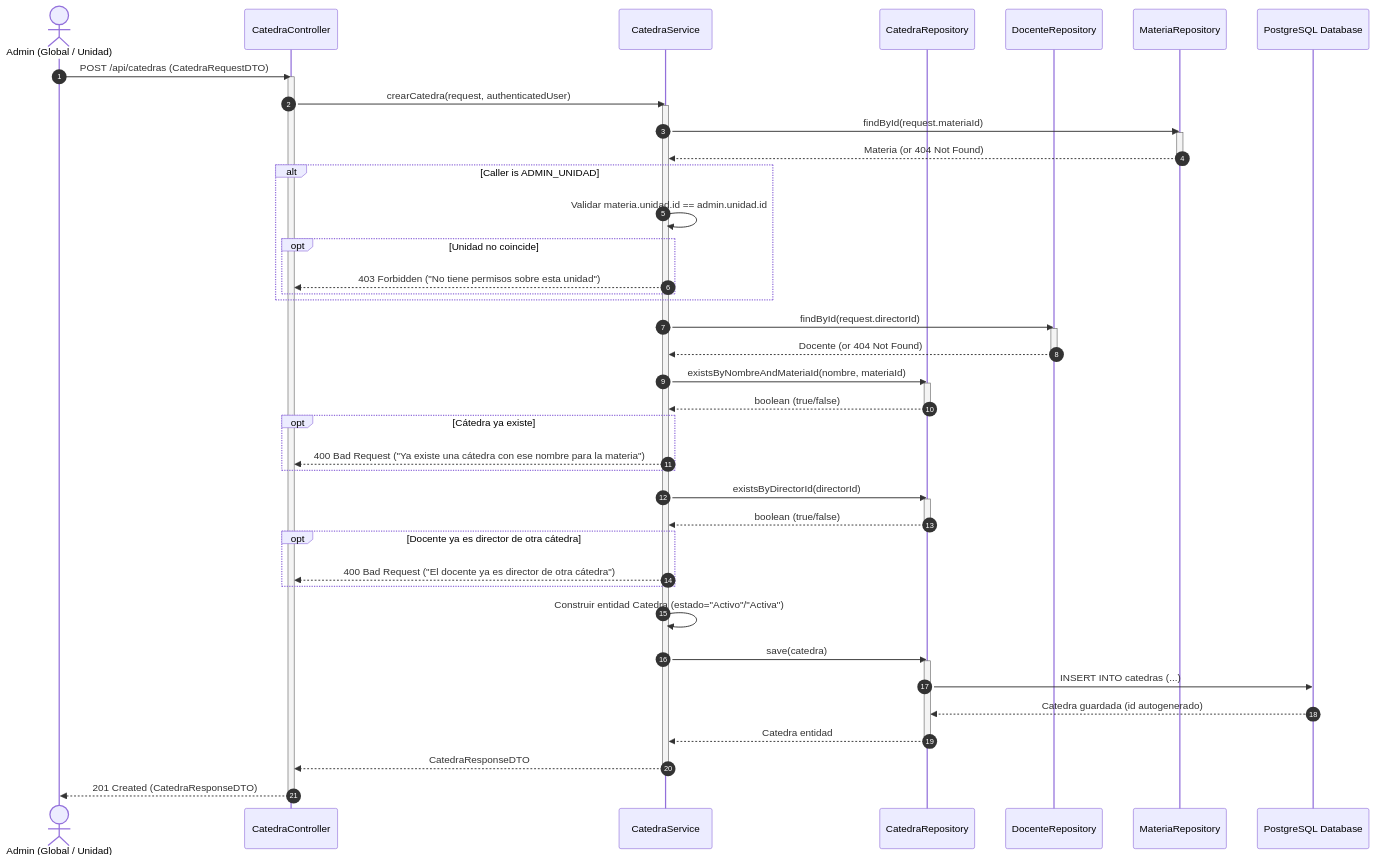
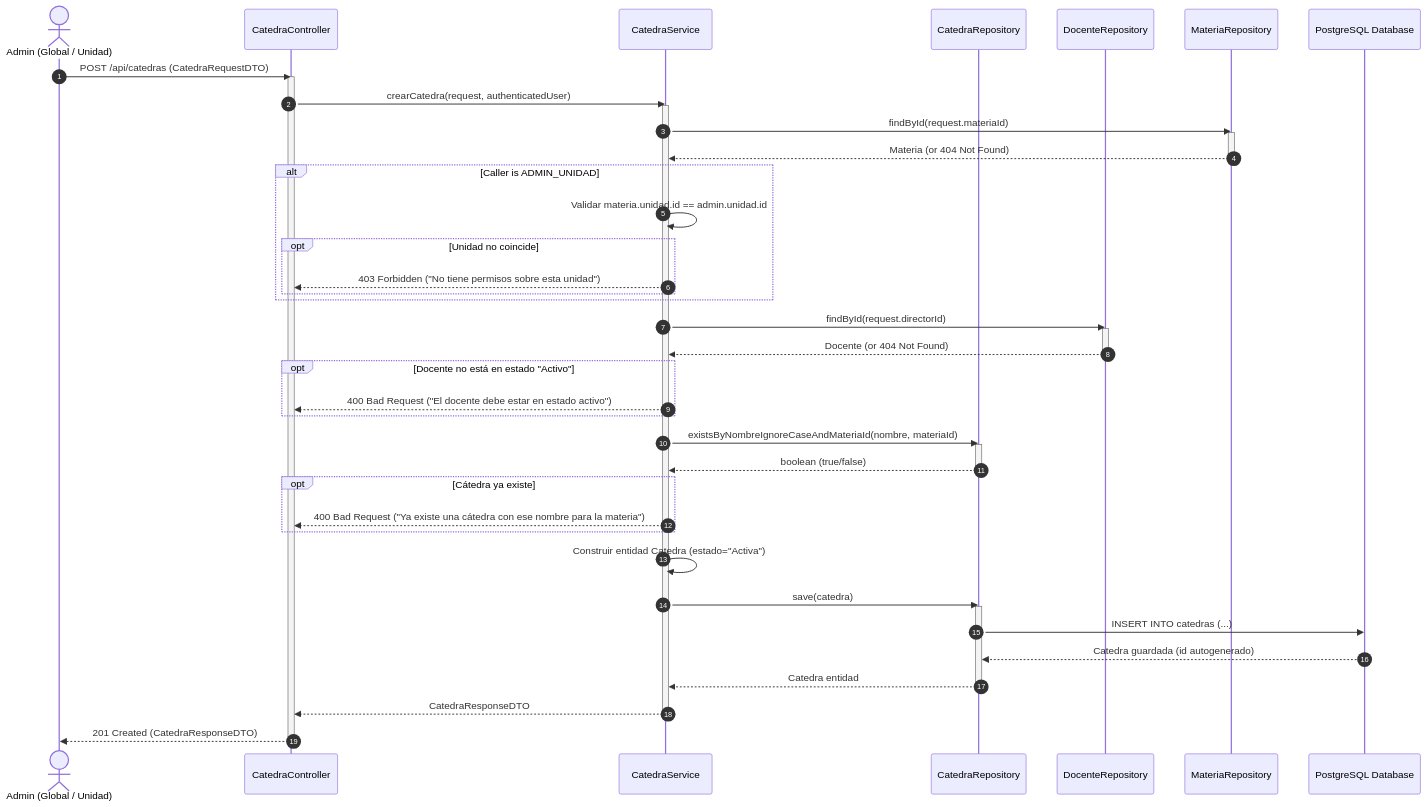
One commit to Melissa-Ann-Giuliani/atlas-backend changed the first of 3 diagrams in .tasks/RF-21/solution-diagrams.md. Above: the diagram before and after it, drawn with Mermaid. The commit also changed other lines of this file and 3 other files, not shown here.

````diff
--- a/.tasks/RF-21/solution-diagrams.md
+++ b/.tasks/RF-21/solution-diagrams.md
@@ -11,62 +11,58 @@
 ```mermaid
 sequenceDiagram
     autonumber
     actor Admin as Admin (Global / Unidad)
     participant Controller as CatedraController
     participant Service as CatedraService
     participant CatedraRepo as CatedraRepository
     participant DocenteRepo as DocenteRepository
     participant MateriaRepo as MateriaRepository
     participant DB as PostgreSQL Database
 
     Admin->>Controller: POST /api/catedras (CatedraRequestDTO)
     activate Controller
     Controller->>Service: crearCatedra(request, authenticatedUser)
     activate Service
 
     Service->>MateriaRepo: findById(request.materiaId)
     activate MateriaRepo
     MateriaRepo-->>Service: Materia (or 404 Not Found)
     deactivate MateriaRepo
 
     alt Caller is ADMIN_UNIDAD
         Service->>Service: Validar materia.unidad.id == admin.unidad.id
         opt Unidad no coincide
             Service-->>Controller: 403 Forbidden ("No tiene permisos sobre esta unidad")
         end
     end
 
     Service->>DocenteRepo: findById(request.directorId)
     activate DocenteRepo
     DocenteRepo-->>Service: Docente (or 404 Not Found)
     deactivate DocenteRepo
 
-    Service->>CatedraRepo: existsByNombreAndMateriaId(nombre, materiaId)
+    opt Docente no está en estado "Activo"
+        Service-->>Controller: 400 Bad Request ("El docente debe estar en estado activo")
+    end
+
+    Service->>CatedraRepo: existsByNombreIgnoreCaseAndMateriaId(nombre, materiaId)
     activate CatedraRepo
     CatedraRepo-->>Service: boolean (true/false)
     deactivate CatedraRepo
     opt Cátedra ya existe
         Service-->>Controller: 400 Bad Request ("Ya existe una cátedra con ese nombre para la materia")
     end
 
-    Service->>CatedraRepo: existsByDirectorId(directorId)
-    activate CatedraRepo
-    CatedraRepo-->>Service: boolean (true/false)
-    deactivate CatedraRepo
-    opt Docente ya es director de otra cátedra
-        Service-->>Controller: 400 Bad Request ("El docente ya es director de otra cátedra")
-    end
-
-    Service->>Service: Construir entidad Catedra (estado="Activo"/"Activa")
+    Service->>Service: Construir entidad Catedra (estado="Activa")
     Service->>CatedraRepo: save(catedra)
     activate CatedraRepo
     CatedraRepo->>DB: INSERT INTO catedras (...)
     DB-->>CatedraRepo: Catedra guardada (id autogenerado)
     CatedraRepo-->>Service: Catedra entidad
     deactivate CatedraRepo
 
     Service-->>Controller: CatedraResponseDTO
     deactivate Service
     Controller-->>Admin: 201 Created (CatedraResponseDTO)
     deactivate Controller
 ```
````
